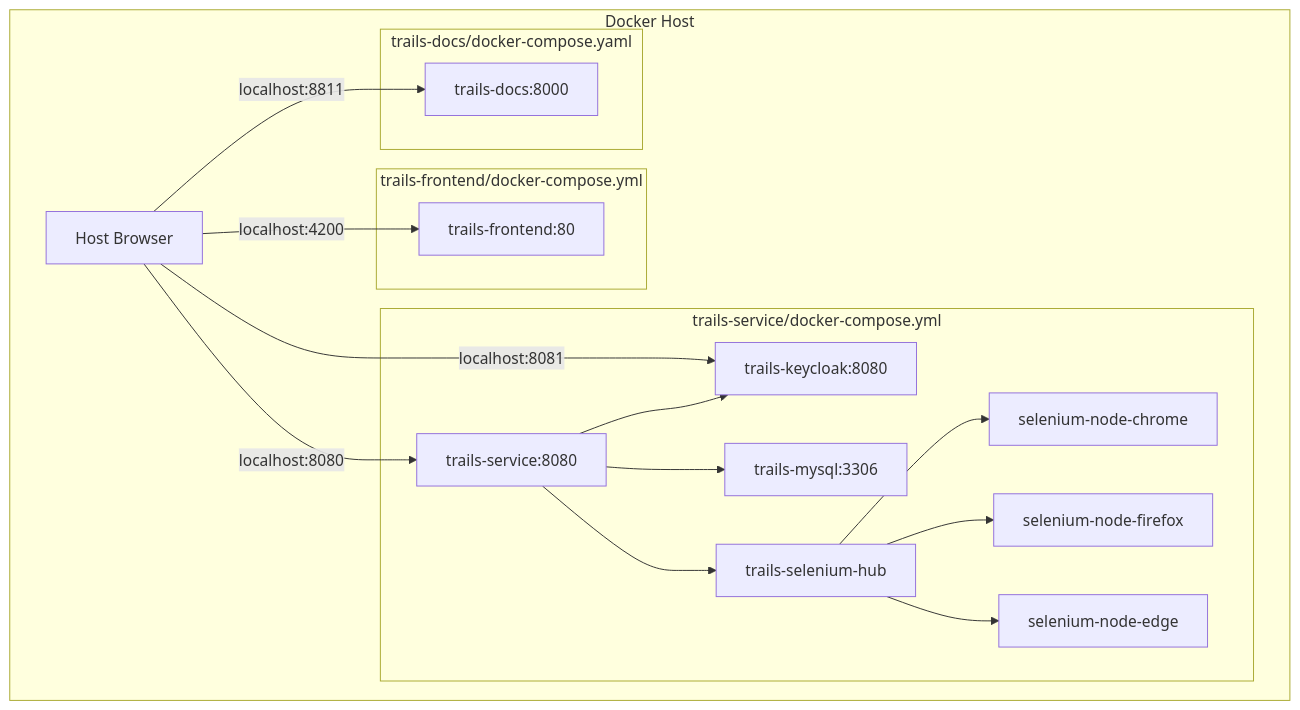
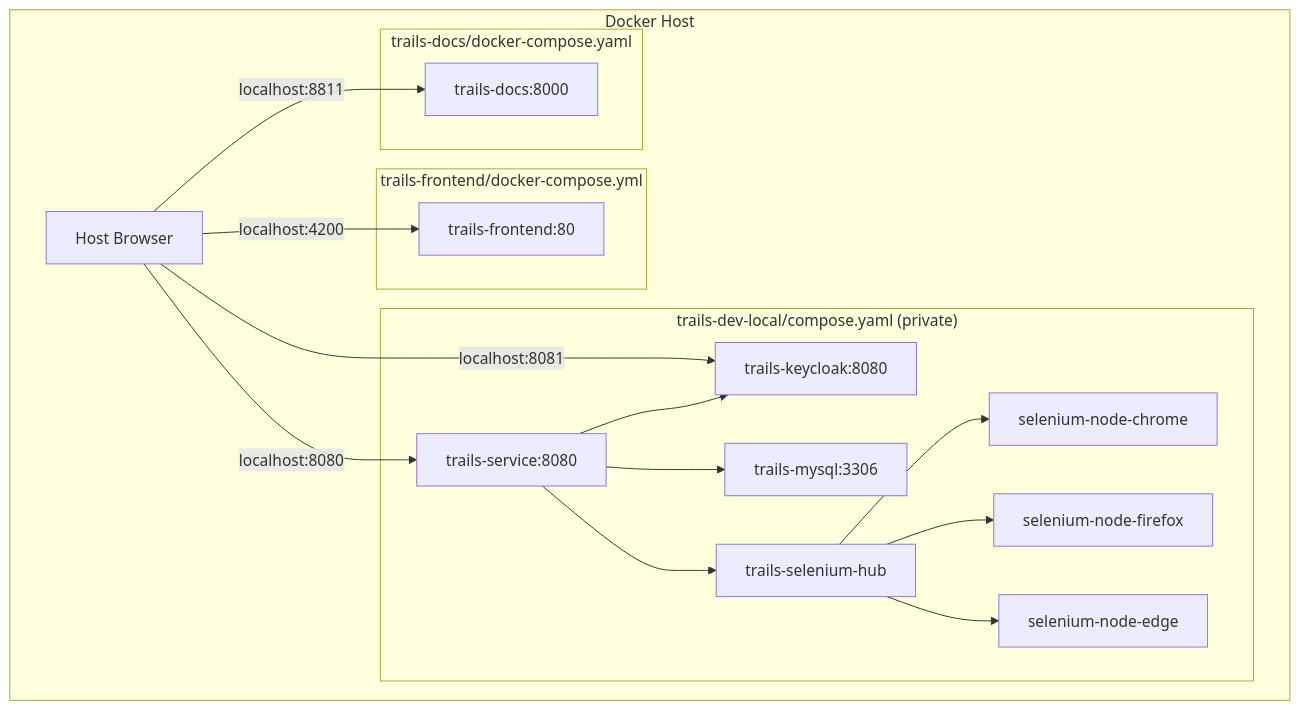
The diagram in docs/diagrams/local-compose-deployment.mmd (yaforster/trails-docs), drawn with Mermaid before and after one commit. The commit also changed 154 other files, not shown here.

Commit message:
Document private service local stack

```diff
--- a/docs/diagrams/local-compose-deployment.mmd
+++ b/docs/diagrams/local-compose-deployment.mmd
@@ -1,33 +1,33 @@
 flowchart TB
     subgraph host["Docker Host"]
         browser["Host Browser"]
 
-        subgraph serviceCompose["trails-service/docker-compose.yml"]
+        subgraph serviceCompose["trails-dev-local/compose.yaml (private)"]
             svc["trails-service:8080"]
             db["trails-mysql:3306"]
             kc["trails-keycloak:8080"]
             hub["trails-selenium-hub"]
             c["selenium-node-chrome"]
             f["selenium-node-firefox"]
             e["selenium-node-edge"]
         end
 
         subgraph frontendCompose["trails-frontend/docker-compose.yml"]
             fe["trails-frontend:80"]
         end
 
         subgraph docsCompose["trails-docs/docker-compose.yaml"]
             docs["trails-docs:8000"]
         end
     end
 
     browser -->|"localhost:4200"| fe
     browser -->|"localhost:8080"| svc
     browser -->|"localhost:8081"| kc
     browser -->|"localhost:8811"| docs
     svc --> db
     svc --> kc
     svc --> hub
     hub --> c
     hub --> f
     hub --> e
```
